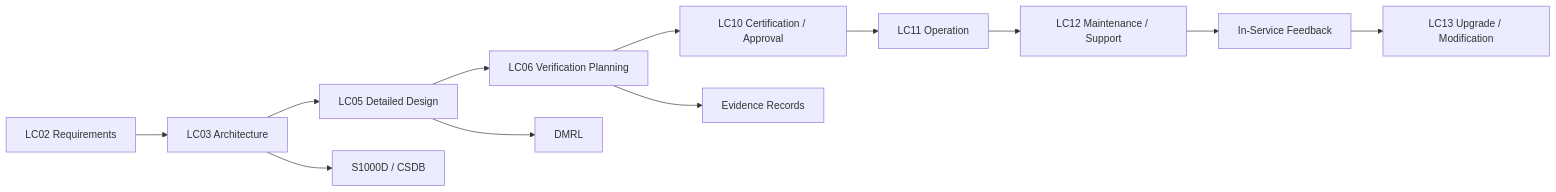
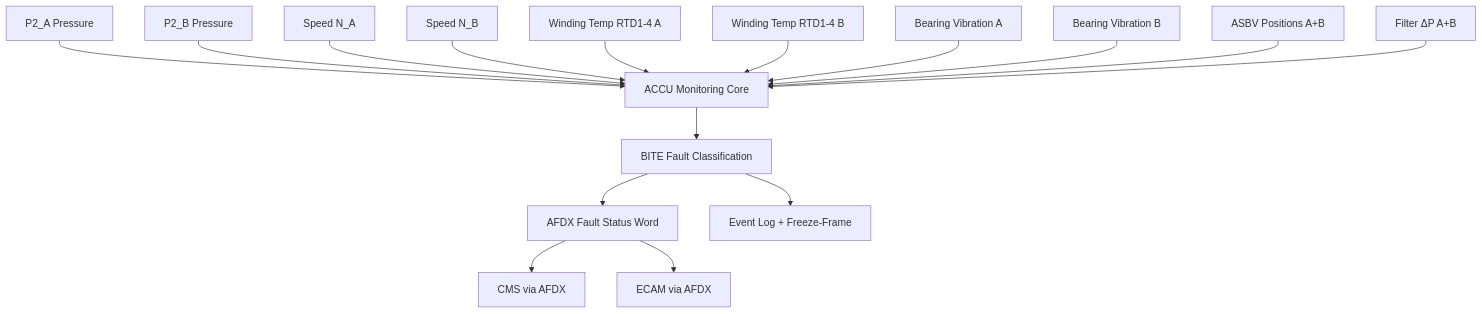
Before and after one commit to AmedeoPelliccia/Qplus-For-All-Queer-People-and-Quantum: the second of 2 diagrams in Q+ATLANTIDE/000-099_ATLAS/060-069_Propulsion-Tradicional/066_Air-Compressor/066-080-Air-Compressor-Monitoring-Diagnostics-and-Control-Interfaces.md, drawn with Mermaid. The commit also changed other lines of this file and 9 other files, not shown here.

````diff
--- a/Q+ATLANTIDE/000-099_ATLAS/060-069_Propulsion-Tradicional/066_Air-Compressor/066-080-Air-Compressor-Monitoring-Diagnostics-and-Control-Interfaces.md
+++ b/Q+ATLANTIDE/000-099_ATLAS/060-069_Propulsion-Tradicional/066_Air-Compressor/066-080-Air-Compressor-Monitoring-Diagnostics-and-Control-Interfaces.md
@@ -192,15 +109,18 @@
 ```mermaid
-flowchart LR
-    LC02[LC02 Requirements] --> LC03[LC03 Architecture]
-    LC03 --> LC05[LC05 Detailed Design]
-    LC05 --> LC06[LC06 Verification Planning]
-    LC06 --> LC10[LC10 Certification / Approval]
-    LC10 --> LC11[LC11 Operation]
-    LC11 --> LC12[LC12 Maintenance / Support]
-
-    LC03 --> CSDB[S1000D / CSDB]
-    LC05 --> DMRL[DMRL]
-    LC06 --> EVID[Evidence Records]
-    LC12 --> FEEDBACK[In-Service Feedback]
-    FEEDBACK --> LC13[LC13 Upgrade / Modification]
+flowchart TB
+    P2_A[P2_A Pressure] --> ACCU_MON[ACCU Monitoring Core]
+    P2_B[P2_B Pressure] --> ACCU_MON
+    N_A[Speed N_A] --> ACCU_MON
+    N_B[Speed N_B] --> ACCU_MON
+    TEMP_A[Winding Temp RTD1-4 A] --> ACCU_MON
+    TEMP_B[Winding Temp RTD1-4 B] --> ACCU_MON
+    VIB_A[Bearing Vibration A] --> ACCU_MON
+    VIB_B[Bearing Vibration B] --> ACCU_MON
+    ASBV_POS[ASBV Positions A+B] --> ACCU_MON
+    DP_FILT[Filter ΔP A+B] --> ACCU_MON
+    ACCU_MON --> BITE_LOGIC[BITE Fault Classification]
+    BITE_LOGIC --> FAULT_WORD[AFDX Fault Status Word]
+    BITE_LOGIC --> EVENT_LOG[Event Log + Freeze-Frame]
+    FAULT_WORD --> CMS_AFDX[CMS via AFDX]
+    FAULT_WORD --> ECAM_AFDX[ECAM via AFDX]
 ```
````
